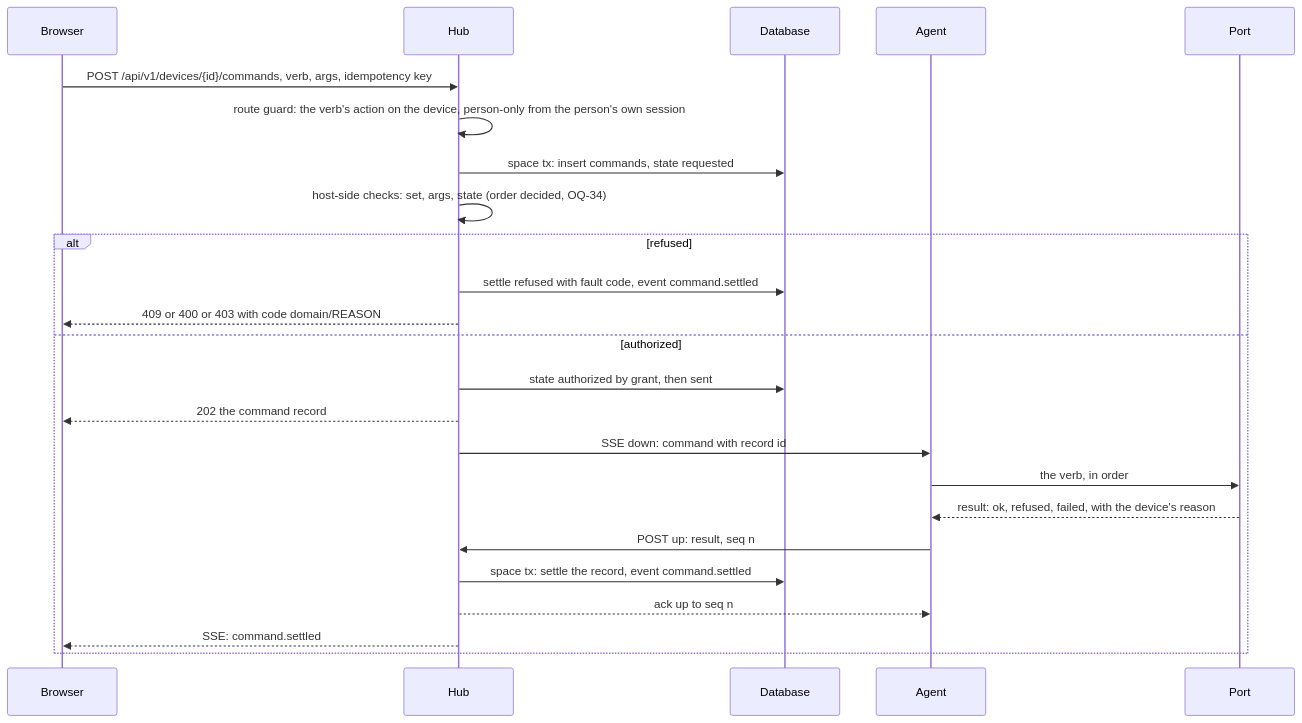
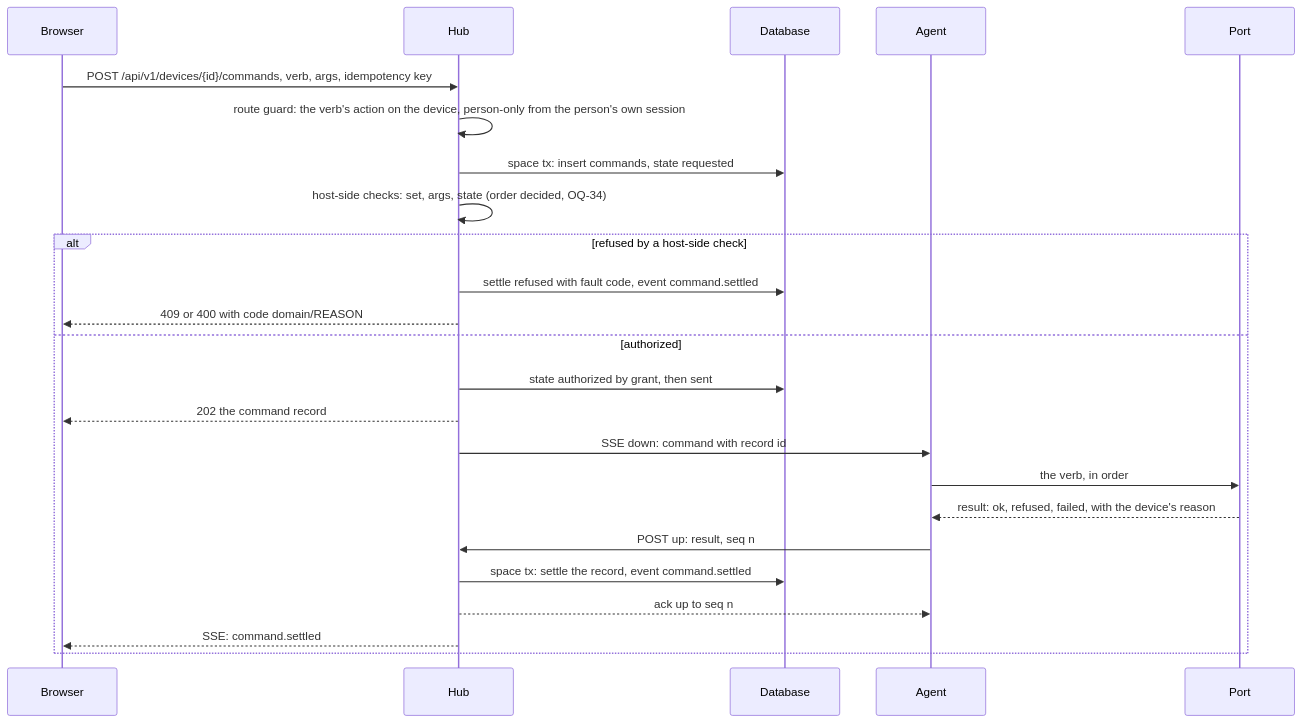
The third of 9 diagrams in docs/design/flows.md (CuriousTimo/Maker-Connect), drawn with Mermaid before and after one commit. The commit also changed other lines of this file and 6 other files, not shown here.

````diff
--- a/docs/design/flows.md
+++ b/docs/design/flows.md
@@ -79,26 +79,26 @@
 ```mermaid
 sequenceDiagram
   participant B as Browser
   participant H as Hub
   participant D as Database
   participant A as Agent
   participant X as Port
   B->>H: POST /api/v1/devices/{id}/commands, verb, args, idempotency key
   H->>H: route guard: the verb's action on the device, person-only from the person's own session
   H->>D: space tx: insert commands, state requested
   H->>H: host-side checks: set, args, state (order decided, OQ-34)
-  alt refused
+  alt refused by a host-side check
     H->>D: settle refused with fault code, event command.settled
-    H-->>B: 409 or 400 or 403 with code domain/REASON
+    H-->>B: 409 or 400 with code domain/REASON
   else authorized
     H->>D: state authorized by grant, then sent
     H-->>B: 202 the command record
     H->>A: SSE down: command with record id
     A->>X: the verb, in order
     X-->>A: result: ok, refused, failed, with the device's reason
     A->>H: POST up: result, seq n
     H->>D: space tx: settle the record, event command.settled
     H-->>A: ack up to seq n
     H-->>B: SSE: command.settled
   end
 ```
````
